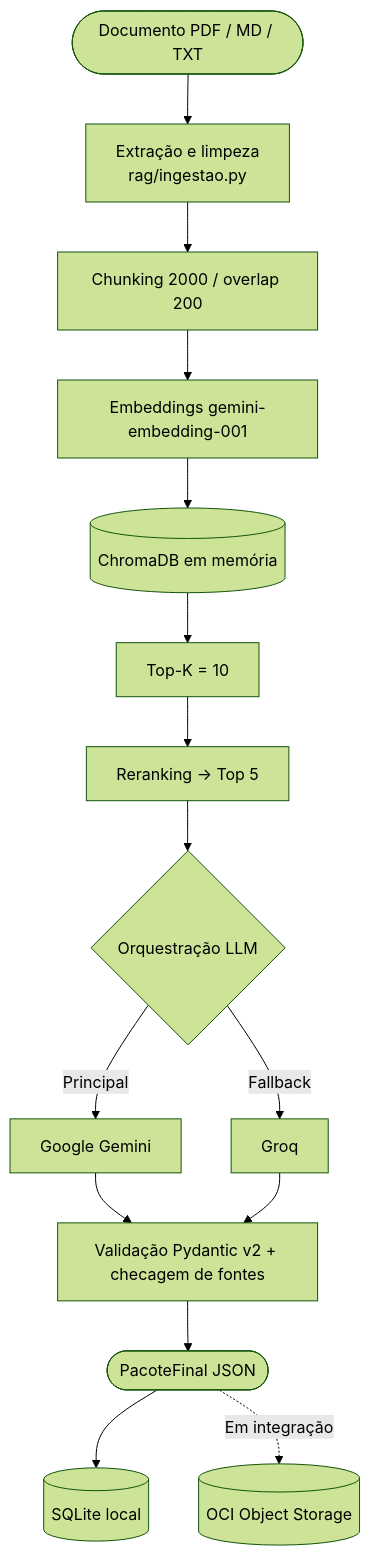
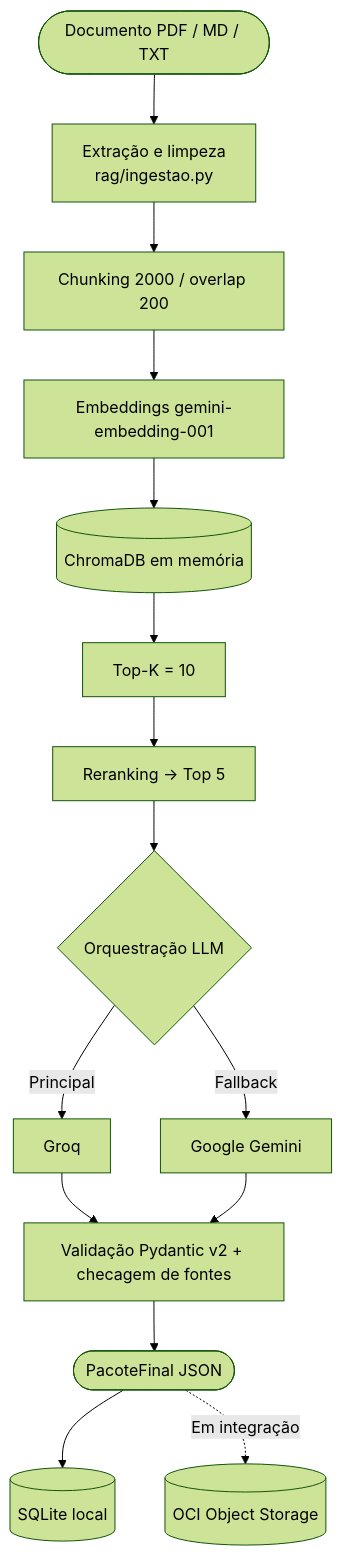
One commit to No-Country-simulation/G10-BRASIL-equipo-26 changed the diagram in README.md. Above: the diagram before and after it, drawn with Mermaid (forest theme). The commit also changed other lines of this file and 19 other files, not shown here.

Commit message:
perf(rag): prioriza Groq na geracao, ajusta timeouts Gemini e organiza notebooks em data_science

````diff
--- a/README.md
+++ b/README.md
@@ -72,17 +72,17 @@
 ```mermaid
 flowchart TD
     A([Documento PDF / MD / TXT]) --> B[Extração e limpeza<br/>rag/ingestao.py]
     B --> C[Chunking 2000 / overlap 200]
     C --> D[Embeddings gemini-embedding-001]
     D --> E[(ChromaDB em memória)]
     E --> F[Top-K = 10]
     F --> G[Reranking → Top 5]
     G --> H{Orquestração LLM}
-    H -->|Principal| I[Google Gemini]
-    H -->|Fallback| J[Groq]
-    I --> K[Validação Pydantic v2 + checagem de fontes]
-    J --> K
+    H -->|Principal| J[Groq]
+    H -->|Fallback| I[Google Gemini]
+    J --> K[Validação Pydantic v2 + checagem de fontes]
+    I --> K
     K --> L([PacoteFinal JSON])
     L --> M[(SQLite local)]
     L -.->|Em integração| N[(OCI Object Storage)]
 ```
````
